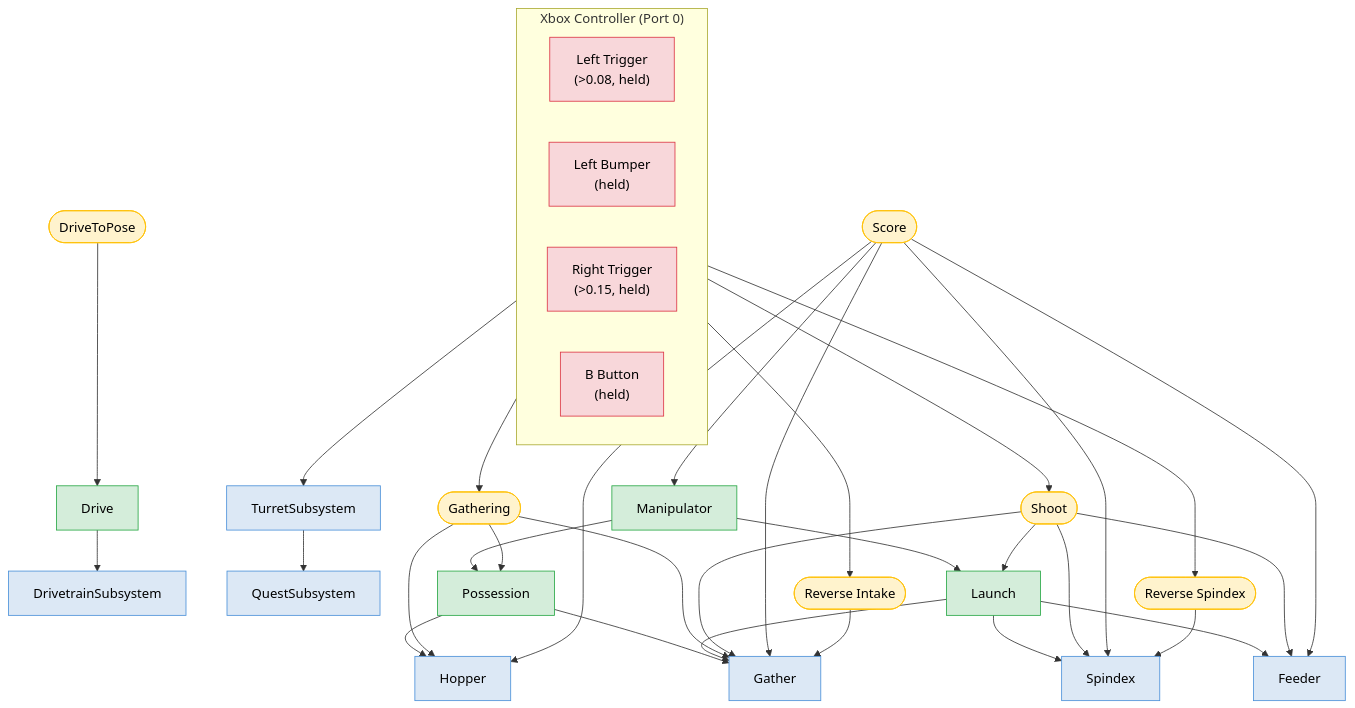
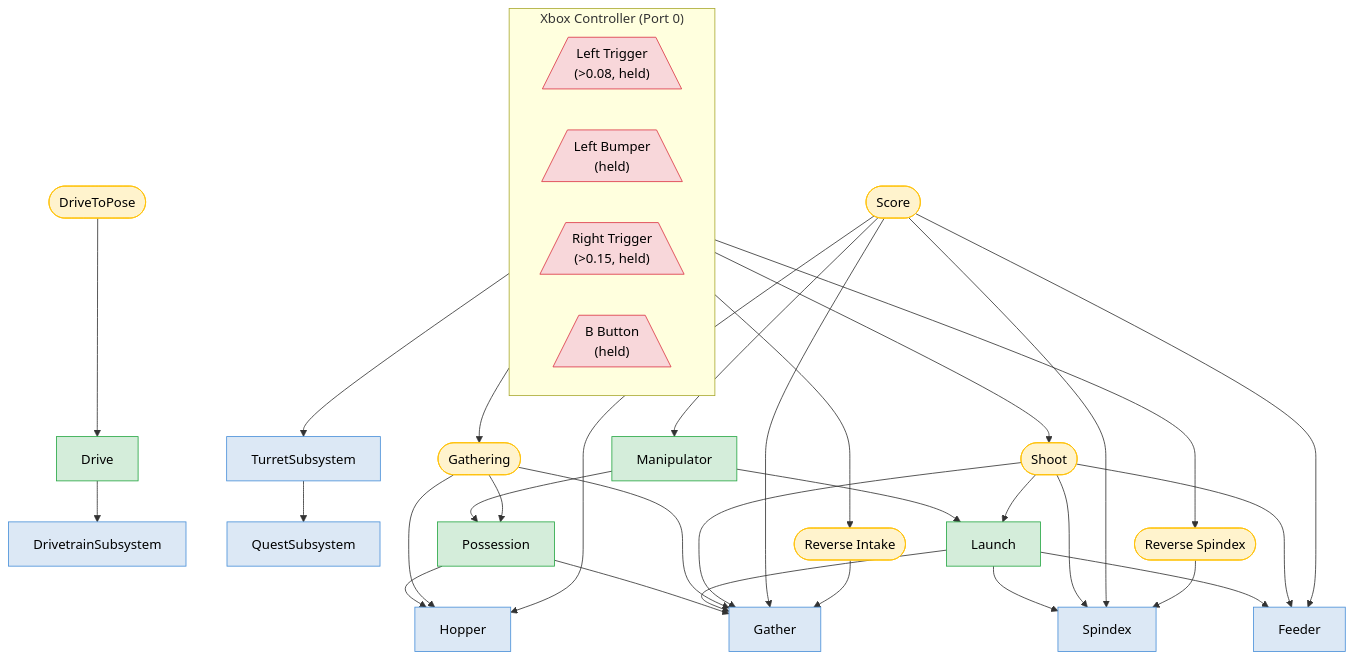
The diagram in hierarchy.mmd (Team801Horsepower/robot-code-2026), drawn with Mermaid before and after one commit.

Commit message:
Added trapezoids to the button inputs

```diff
--- a/hierarchy.mmd
+++ b/hierarchy.mmd
@@ -1,79 +1,79 @@
 %%{init: {"theme": "default"}}%%
 graph TD
 
   subgraph Ctrl ["Xbox Controller (Port 0)"]
     direction LR
-    LT["Left Trigger\n(>0.08, held)"]
-    LB["Left Bumper\n(held)"]
-    RT["Right Trigger\n(>0.15, held)"]
-    B["B Button\n(held)"]
+    LT[/"Left Trigger\n(>0.08, held)"\]
+    LB[/"Left Bumper\n(held)"\]
+    RT[/"Right Trigger\n(>0.15, held)"\]
+    B[/"B Button\n(held)"\]
   end
 
   %% ── Leaf Subsystems ───────────────────────────────────────────
   DT[DrivetrainSubsystem]
   QN[QuestSubsystem]
   Gather[Gather]
   Hopper[Hopper]
   Spindex[Spindex]
   Feeder[Feeder]
   Turret[TurretSubsystem]
 
   %% ── Composite Subsystems ──────────────────────────────────────
   Drive[Drive]
   Possession[Possession]
   Launch[Launch]
   Manipulator[Manipulator]
 
   %% ── Commands ──────────────────────────────────────────────────
   DriveToPose([DriveToPose])
   Gathering([Gathering])
   Shoot([Shoot])
   Score([Score])
   ReverseIntake([Reverse Intake])
   ReverseSpindex([Reverse Spindex])
 
   %% ── Button → Command ──────────────────────────────────────────
   LT --> Gathering
   LB --> ReverseIntake
   RT --> Shoot
   RT --> Turret
   B --> ReverseSpindex
 
   %% ── Composite → Leaf composition ─────────────────────────────
   Drive --> DT
   Possession --> Hopper
   Possession --> Gather
   Launch --> Spindex
   Launch --> Feeder
   Launch --> Gather
   Manipulator --> Possession
   Manipulator --> Launch
   Turret --> QN
 
   %% ── Commands → Subsystem requirements ────────────────────────
   DriveToPose --> Drive
   Gathering --> Possession
   Gathering --> Gather
   Gathering --> Hopper
   Shoot --> Launch
   Shoot --> Gather
   Shoot --> Spindex
   Shoot --> Feeder
   Score --> Manipulator
   Score --> Gather
   Score --> Hopper
   Score --> Spindex
   Score --> Feeder
   ReverseIntake --> Gather
   ReverseSpindex --> Spindex
 
   %% ── Styling ───────────────────────────────────────────────────
   classDef leaf      fill:#dce8f5,stroke:#4a90d9,color:#000;
   classDef composite fill:#d4edda,stroke:#28a745,color:#000;
   classDef command   fill:#fff3cd,stroke:#ffc107,color:#000;
   classDef button    fill:#f8d7da,stroke:#dc3545,color:#000;
 
   class DT,QN,Gather,Hopper,Spindex,Feeder,Turret leaf;
   class Drive,Possession,Launch,Manipulator composite;
   class DriveToPose,Gathering,Shoot,Score,ReverseIntake,ReverseSpindex command;
   class LT,LB,RT,B button;
```
